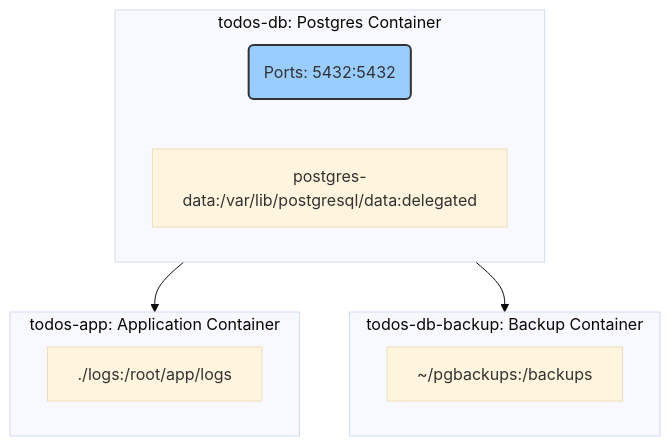
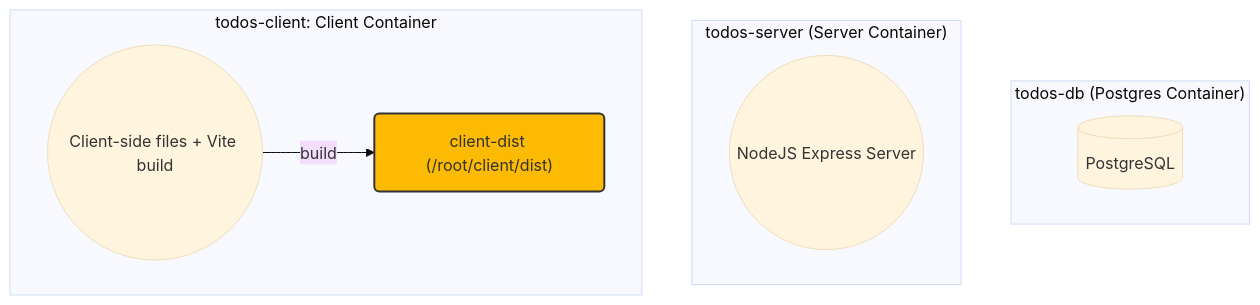
Before and after one commit to mrThomasTeller/server-client-docker-example: the first of 2 diagrams in plan.md, drawn with Mermaid (base theme). The commit also changed other lines of this file, not shown here.

````diff
--- a/plan.md
+++ b/plan.md
@@ -52,27 +61,24 @@
 ```mermaid
 graph TB;
 
-    subgraph db["todos-db: Postgres Container"]
-        dbPorts("Ports: 5432:5432")
-        dbVol1[postgres-data:/var/lib/postgresql/data:delegated]
+    subgraph db["todos-db (Postgres Container)"]
+      psql[(PostgreSQL)]
     end
 
-    subgraph app["todos-app: Application Container"]
-        appVol[./logs:/root/app/logs]
+    subgraph server["todos-server (Server Container)"]
+      nodejs((NodeJS Express Server))
     end
 
-    subgraph backup["todos-db-backup: Backup Container"]
-        backupVol[~/pgbackups:/backups]
+    subgraph client["todos-client: Client Container"]
+      vitejs((Client-side files + Vite build)) --> |build| volumeClientDist("client-dist (/root/client/dist)")
     end
 
-    db --> app
-    db --> backup
+    classDef ports fill:#9cf,stroke:#333,stroke-width:2px, color:#333;
+    classDef volumes fill:#fcba03,stroke:#333,stroke-width:2px, color:#333;
 
-    classDef ports fill:#9cf,stroke:#333,stroke-width:2px, color:#333;
+    class volumeClientDist volumes;
+    class volumePostgresData volumes;
 
-    class dbVol1 volumes;
-    class appVol volumes;
-    class backupVol volumes;
-
-    class dbPorts ports;
+    class port5432 ports;
+    class port3000 ports;
 ```
````
